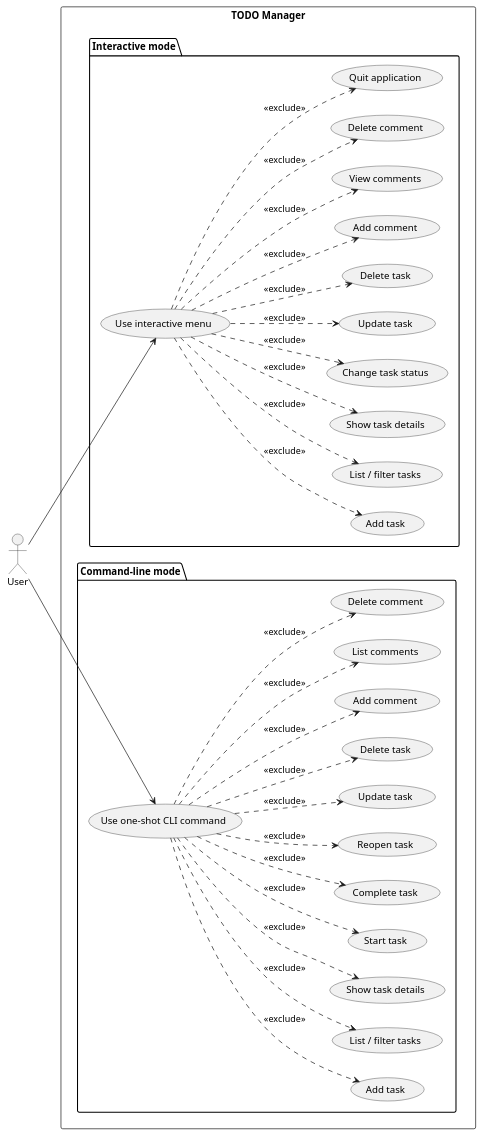
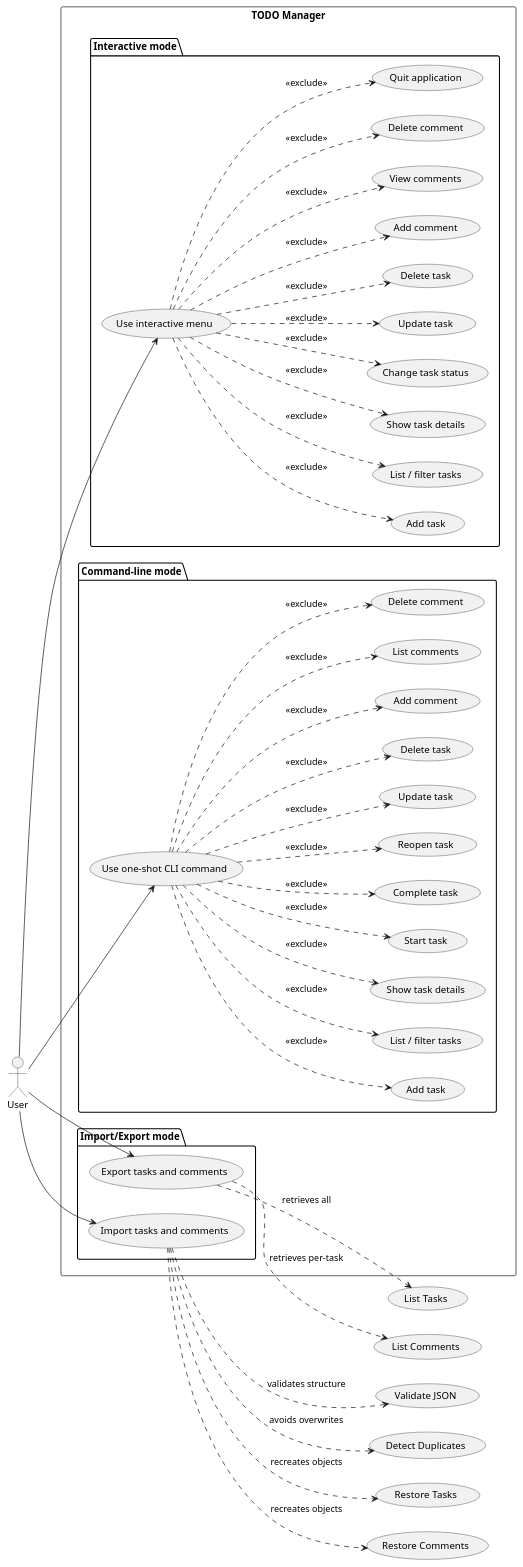
Before and after one commit to DanielRiha8906/Software_autoevolution_using_agents: the diagram in experiments/supervisor_as_tools/test_driven/TODO/artifacts/use_case_diagram.puml, drawn with PlantUML. The commit also changed 8 other files, not shown here.

```diff
--- a/experiments/supervisor_as_tools/test_driven/TODO/artifacts/use_case_diagram.puml
+++ b/experiments/supervisor_as_tools/test_driven/TODO/artifacts/use_case_diagram.puml
@@ -1,65 +1,79 @@
 @startuml use_case_diagram
 
 left to right direction
 
 actor User
 
 rectangle "TODO Manager" {
 
   package "Interactive mode" {
     usecase "Use interactive menu" as UI
     usecase "Add task" as I_ADD
     usecase "List / filter tasks" as I_LIST
     usecase "Show task details" as I_SHOW
     usecase "Change task status" as I_STATUS
     usecase "Update task" as I_UPDATE
     usecase "Delete task" as I_DELETE
     usecase "Add comment" as I_COMMENT_ADD
     usecase "View comments" as I_COMMENT_LIST
     usecase "Delete comment" as I_COMMENT_DEL
     usecase "Quit application" as I_QUIT
   }
 
   package "Command-line mode" {
     usecase "Use one-shot CLI command" as CLI
     usecase "Add task" as C_ADD
     usecase "List / filter tasks" as C_LIST
     usecase "Show task details" as C_SHOW
     usecase "Start task" as C_START
     usecase "Complete task" as C_DONE
     usecase "Reopen task" as C_REOPEN
     usecase "Update task" as C_UPDATE
     usecase "Delete task" as C_DELETE
     usecase "Add comment" as C_COMMENT_ADD
     usecase "List comments" as C_COMMENT_LIST
     usecase "Delete comment" as C_COMMENT_DEL
   }
+
+  package "Import/Export mode" {
+    usecase "Export tasks and comments" as C_EXPORT
+    usecase "Import tasks and comments" as C_IMPORT
+  }
 }
 
 User --> UI
 User --> CLI
+User --> C_EXPORT
+User --> C_IMPORT
 
 UI ..> I_ADD    : <<exclude>>
 UI ..> I_LIST   : <<exclude>>
 UI ..> I_SHOW   : <<exclude>>
 UI ..> I_STATUS : <<exclude>>
 UI ..> I_UPDATE : <<exclude>>
 UI ..> I_DELETE : <<exclude>>
 UI ..> I_COMMENT_ADD  : <<exclude>>
 UI ..> I_COMMENT_LIST : <<exclude>>
 UI ..> I_COMMENT_DEL  : <<exclude>>
 UI ..> I_QUIT   : <<exclude>>
 
 CLI ..> C_ADD    : <<exclude>>
 CLI ..> C_LIST   : <<exclude>>
 CLI ..> C_SHOW   : <<exclude>>
 CLI ..> C_START  : <<exclude>>
 CLI ..> C_DONE   : <<exclude>>
 CLI ..> C_REOPEN : <<exclude>>
 CLI ..> C_UPDATE : <<exclude>>
 CLI ..> C_DELETE : <<exclude>>
 CLI ..> C_COMMENT_ADD  : <<exclude>>
 CLI ..> C_COMMENT_LIST : <<exclude>>
 CLI ..> C_COMMENT_DEL  : <<exclude>>
 
+C_EXPORT ..> (List Tasks) : retrieves all
+C_EXPORT ..> (List Comments) : retrieves per-task
+C_IMPORT ..> (Validate JSON) : validates structure
+C_IMPORT ..> (Detect Duplicates) : avoids overwrites
+C_IMPORT ..> (Restore Tasks) : recreates objects
+C_IMPORT ..> (Restore Comments) : recreates objects
+
 @enduml
```
